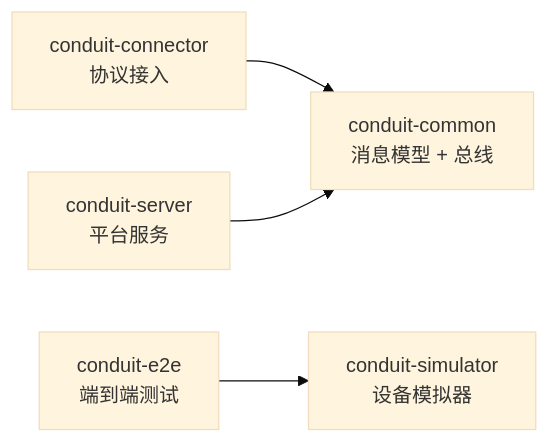
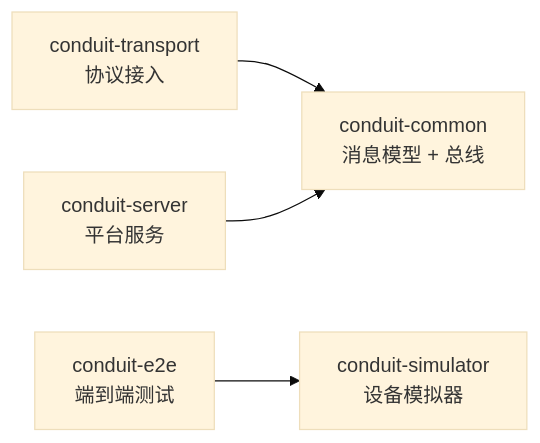
One commit to Clarence404/Conduit changed the second of 2 diagrams in README.md. Above: the diagram before and after it, drawn with Mermaid (base theme). The commit also changed other lines of this file and 29 other files, not shown here.

Commit message:
refactor: rename conduit-connector to conduit-transport

````diff
--- a/README.md
+++ b/README.md
@@ -43,8 +43,8 @@
 ```mermaid
 flowchart LR
     common[conduit-common<br/>消息模型 + 总线]
-    connector[conduit-connector<br/>协议接入] --> common
+    transport[conduit-transport<br/>协议接入] --> common
     server[conduit-server<br/>平台服务] --> common
     simulator[conduit-simulator<br/>设备模拟器]
     e2e[conduit-e2e<br/>端到端测试] --> simulator
 ```
````
